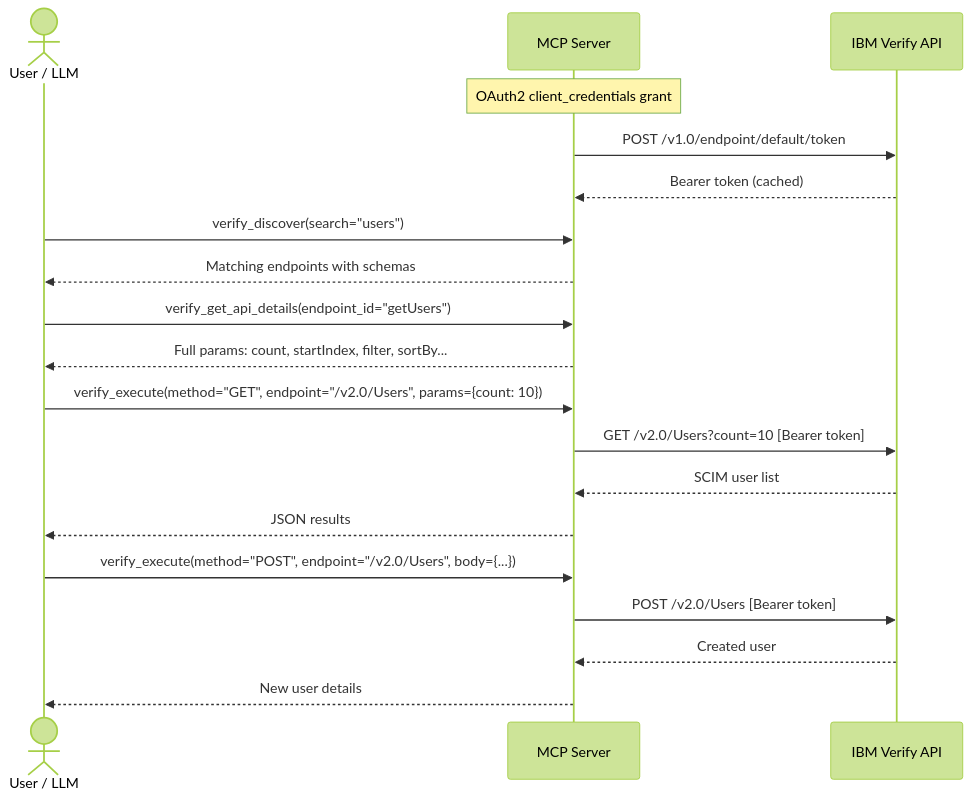
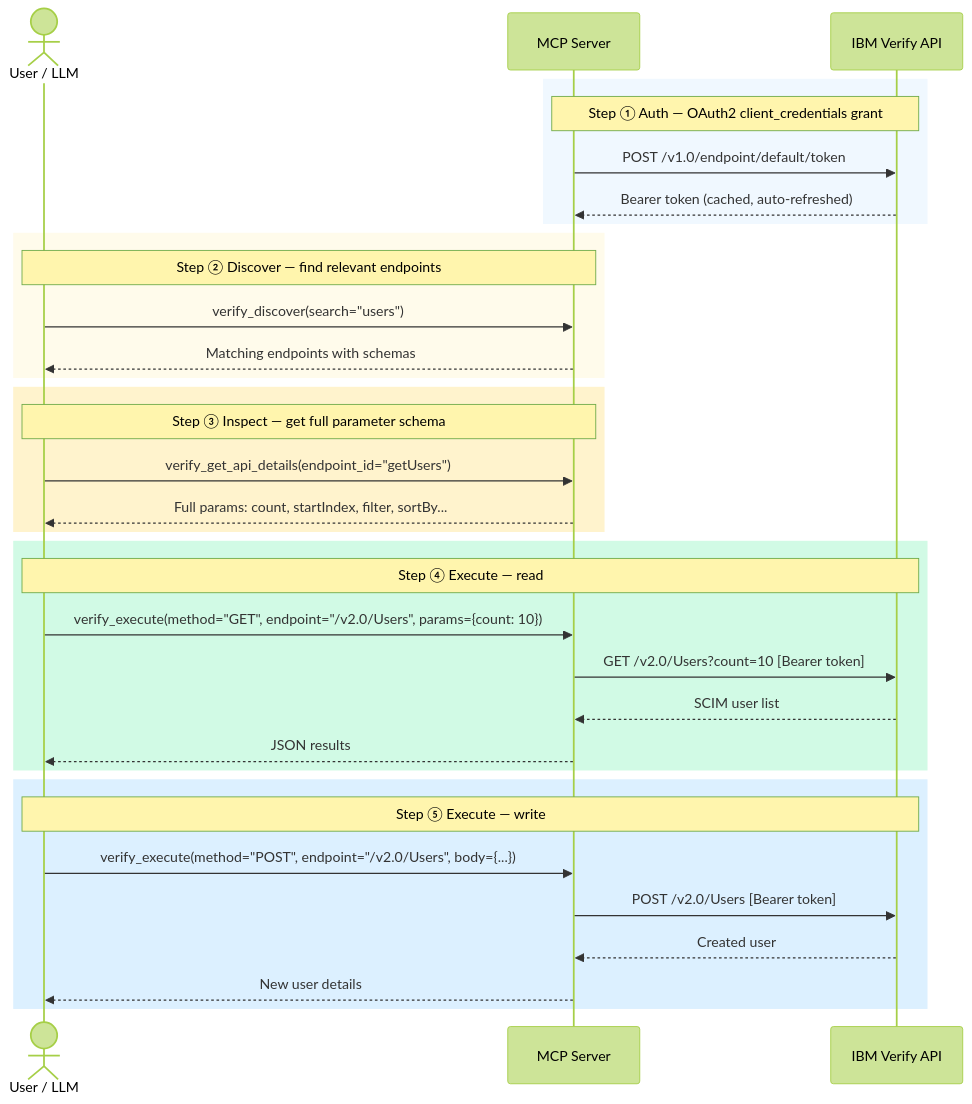
The third of 4 diagrams in README.md (IBM/verify-mcp-server), drawn with Mermaid (forest theme) before and after one commit. The commit also changed other lines of this file, not shown here.

Commit message:
docs: improve diagrams, remove VS Code Copilot section, update contacts

````diff
--- a/README.md
+++ b/README.md
@@ -308,26 +295,40 @@
 ```mermaid
 sequenceDiagram
     actor User as User / LLM
     participant MCP as MCP Server
     participant Verify as IBM Verify API
 
-    Note over MCP: OAuth2 client_credentials grant
-    MCP->>Verify: POST /v1.0/endpoint/default/token
-    Verify-->>MCP: Bearer token (cached)
+    rect rgb(240, 248, 255)
+        Note over MCP,Verify: Step ①  Auth — OAuth2 client_credentials grant
+        MCP->>Verify: POST /v1.0/endpoint/default/token
+        Verify-->>MCP: Bearer token (cached, auto-refreshed)
+    end
 
-    User->>MCP: verify_discover(search="users")
-    MCP-->>User: Matching endpoints with schemas
+    rect rgb(255, 251, 235)
+        Note over User,MCP: Step ②  Discover — find relevant endpoints
+        User->>MCP: verify_discover(search="users")
+        MCP-->>User: Matching endpoints with schemas
+    end
 
-    User->>MCP: verify_get_api_details(endpoint_id="getUsers")
-    MCP-->>User: Full params: count, startIndex, filter, sortBy...
+    rect rgb(255, 243, 205)
+        Note over User,MCP: Step ③  Inspect — get full parameter schema
+        User->>MCP: verify_get_api_details(endpoint_id="getUsers")
+        MCP-->>User: Full params: count, startIndex, filter, sortBy...
+    end
 
-    User->>MCP: verify_execute(method="GET", endpoint="/v2.0/Users", params={count: 10})
-    MCP->>Verify: GET /v2.0/Users?count=10 [Bearer token]
-    Verify-->>MCP: SCIM user list
-    MCP-->>User: JSON results
+    rect rgb(209, 250, 229)
+        Note over User,Verify: Step ④  Execute — read
+        User->>MCP: verify_execute(method="GET", endpoint="/v2.0/Users", params={count: 10})
+        MCP->>Verify: GET /v2.0/Users?count=10 [Bearer token]
+        Verify-->>MCP: SCIM user list
+        MCP-->>User: JSON results
+    end
 
-    User->>MCP: verify_execute(method="POST", endpoint="/v2.0/Users", body={...})
-    MCP->>Verify: POST /v2.0/Users [Bearer token]
-    Verify-->>MCP: Created user
-    MCP-->>User: New user details
+    rect rgb(220, 240, 255)
+        Note over User,Verify: Step ⑤  Execute — write
+        User->>MCP: verify_execute(method="POST", endpoint="/v2.0/Users", body={...})
+        MCP->>Verify: POST /v2.0/Users [Bearer token]
+        Verify-->>MCP: Created user
+        MCP-->>User: New user details
+    end
 ```
````
